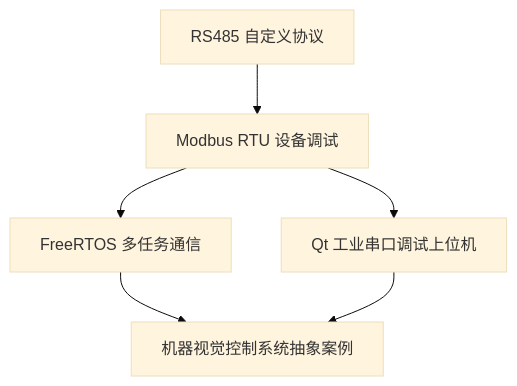
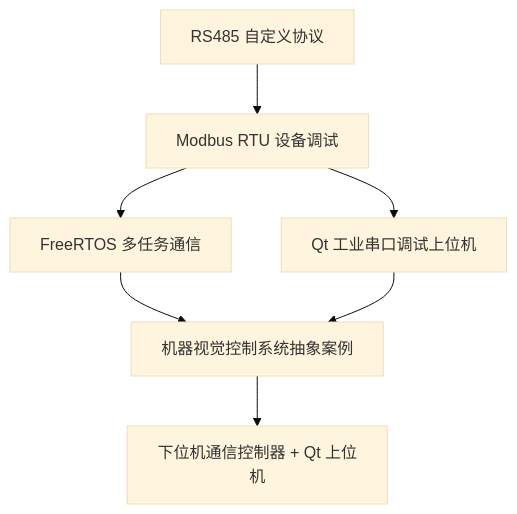
The diagram in 08_项目实战/README.md (gccnb/Embedded-Career-Roadmap), drawn with Mermaid (base theme) before and after one commit. The commit also changed other lines of this file and 9 other files, not shown here.

````diff
--- a/08_项目实战/README.md
+++ b/08_项目实战/README.md
@@ -21,8 +22,9 @@
 ```mermaid
 flowchart TD
     A["RS485 自定义协议"] --> B["Modbus RTU 设备调试"]
     B --> C["FreeRTOS 多任务通信"]
     B --> D["Qt 工业串口调试上位机"]
     C --> E["机器视觉控制系统抽象案例"]
     D --> E
+    E --> F["下位机通信控制器 + Qt 上位机"]
 ```
````
